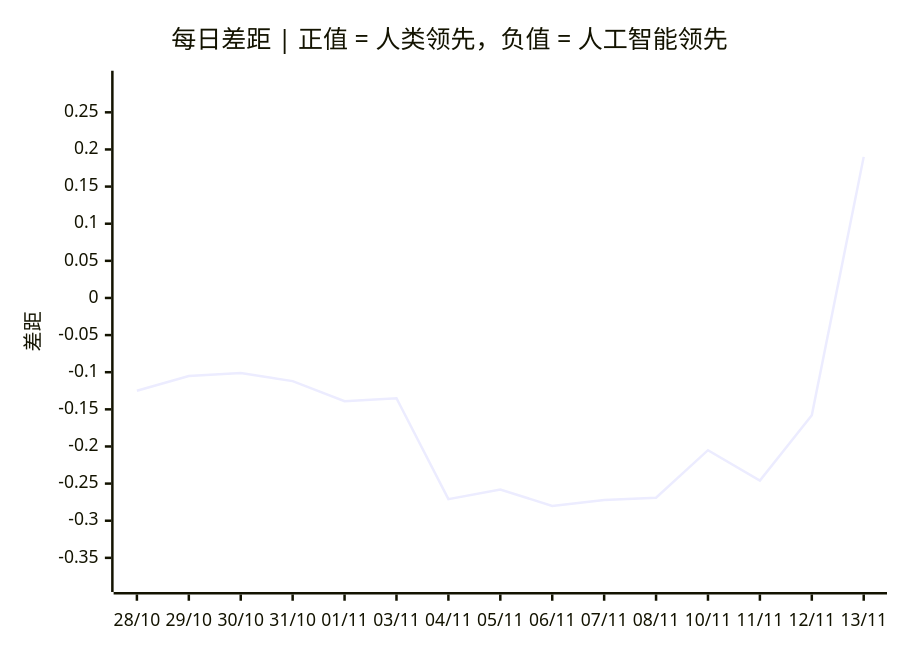
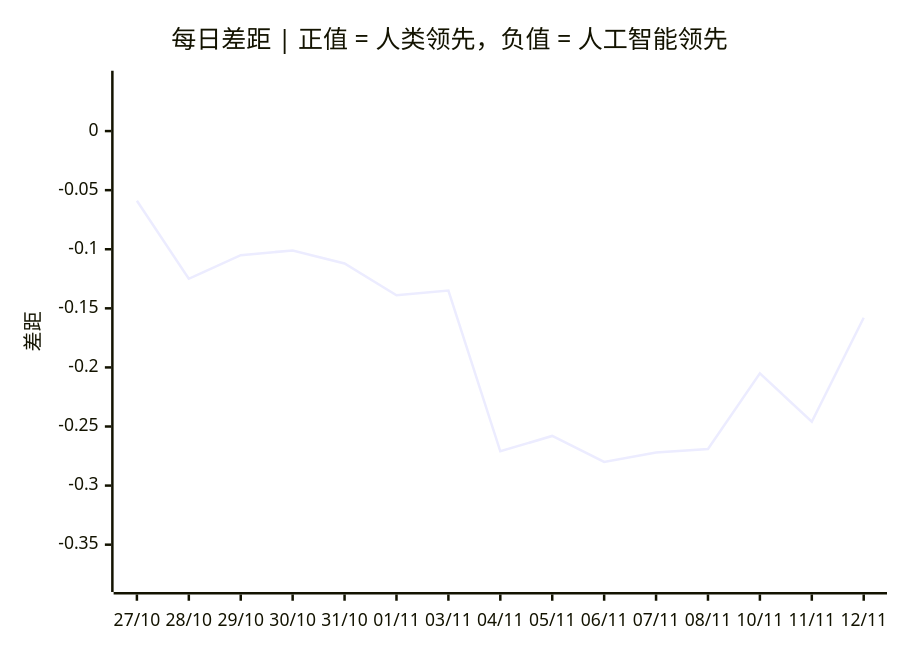
One commit to VQQLK/Human-AI-Monitor changed the third of 3 diagrams in README.zh.md. Above: the diagram before and after it, drawn with Mermaid. The commit also changed other lines of this file and 7 other files, not shown here.

````diff
--- a/README.zh.md
+++ b/README.zh.md
@@ -56,7 +56,7 @@
 ```mermaid
 xychart-beta
     title "每日差距 | 正值 = 人类领先，负值 = 人工智能领先"
-    x-axis ["28/10", "29/10", "30/10", "31/10", "01/11", "03/11", "04/11", "05/11", "06/11", "07/11", "08/11", "10/11", "11/11", "12/11", "13/11"]
-    y-axis "差距" -0.380 --> 0.290
-    line [-0.125, -0.105, -0.101, -0.112, -0.139, -0.135, -0.271, -0.258, -0.280, -0.272, -0.269, -0.205, -0.246, -0.158, 0.190]
+    x-axis ["27/10", "28/10", "29/10", "30/10", "31/10", "01/11", "03/11", "04/11", "05/11", "06/11", "07/11", "08/11", "10/11", "11/11", "12/11"]
+    y-axis "差距" -0.380 --> 0.041
+    line [-0.059, -0.125, -0.105, -0.101, -0.112, -0.139, -0.135, -0.271, -0.258, -0.280, -0.272, -0.269, -0.205, -0.246, -0.158]
 ```
````
